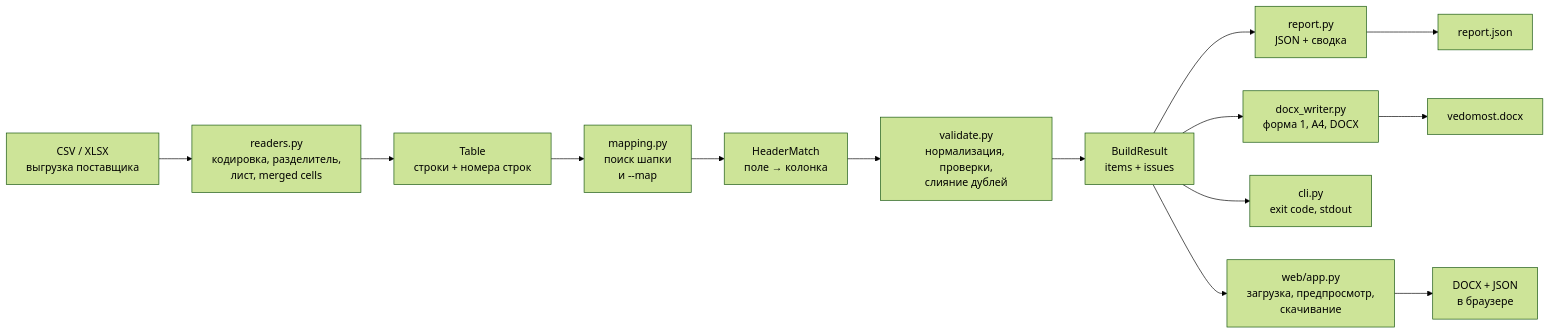
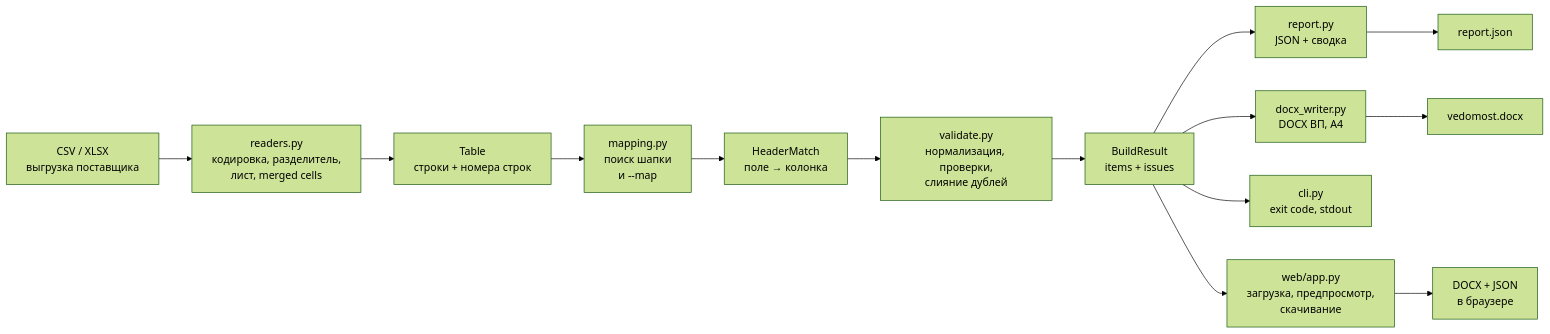
Before and after one commit to AlexMayDev/gost-docs-automation: the first of 3 diagrams in docs/architecture.md, drawn with Mermaid (forest theme). The commit also changed other lines of this file and 8 other files, not shown here.

````diff
--- a/docs/architecture.md
+++ b/docs/architecture.md
@@ -11,16 +11,16 @@
 ```mermaid
 flowchart LR
     IN["CSV / XLSX<br/>выгрузка поставщика"] --> R["readers.py<br/>кодировка, разделитель,<br/>лист, merged cells"]
     R --> T["Table<br/>строки + номера строк"]
     T --> M["mapping.py<br/>поиск шапки<br/>и --map"]
     M --> H["HeaderMatch<br/>поле → колонка"]
     H --> V["validate.py<br/>нормализация, проверки,<br/>слияние дублей"]
     V --> B["BuildResult<br/>items + issues"]
     B --> S["report.py<br/>JSON + сводка"]
-    B --> D["docx_writer.py<br/>форма 1, A4, DOCX"]
+    B --> D["docx_writer.py<br/>DOCX ВП, A4"]
     B --> C["cli.py<br/>exit code, stdout"]
     B --> W["web/app.py<br/>загрузка, предпросмотр,<br/>скачивание"]
     S --> OUT1["report.json"]
     D --> OUT2["vedomost.docx"]
     W --> OUT3["DOCX + JSON<br/>в браузере"]
 ```
````
